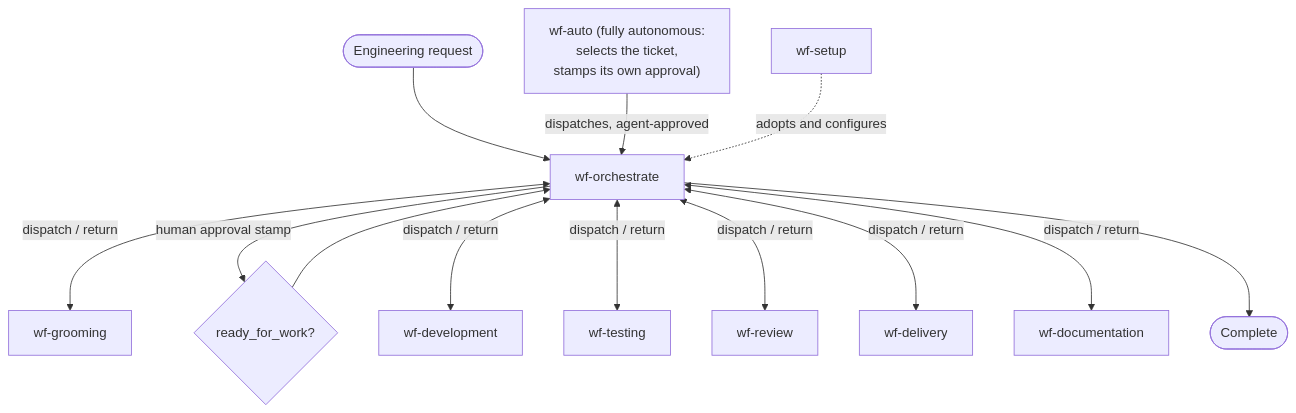
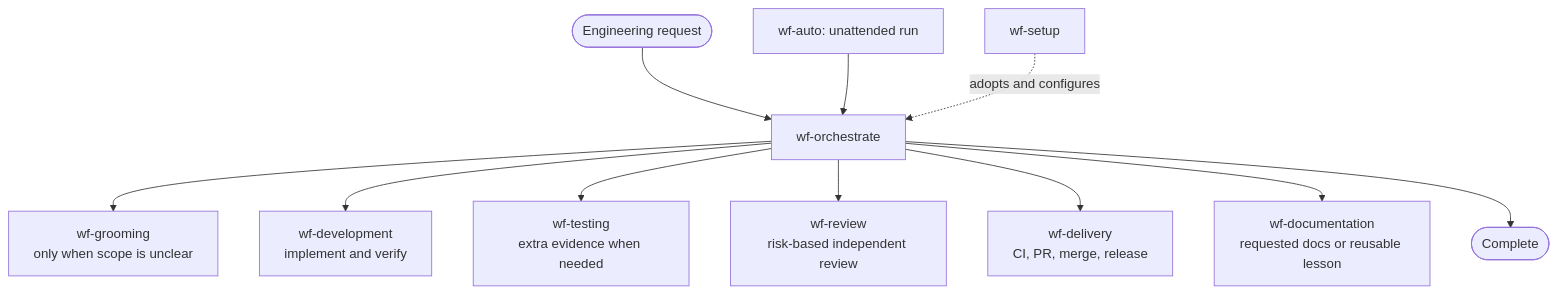
One commit to Life-With-Data/agentic-engineering changed the second of 5 diagrams in plugins/agentic-engineering/FLOWS.md. Above: the diagram before and after it, drawn with Mermaid. The commit also changed other lines of this file and 26 other files, not shown here.

````diff
--- a/plugins/agentic-engineering/FLOWS.md
+++ b/plugins/agentic-engineering/FLOWS.md
@@ -22,15 +18,13 @@
 ```mermaid
 flowchart TD
     req([Engineering request]) --> O["wf-orchestrate"]
-    auto["wf-auto (fully autonomous:<br/>selects the ticket,<br/>stamps its own approval)"] -->|"dispatches, agent-approved"| O
-    O <-->|"dispatch / return"| G["wf-grooming"]
-    O -->|"human approval stamp"| approve{"ready_for_work?"}
-    approve --> O
-    O <-->|"dispatch / return"| D["wf-development"]
-    O <-->|"dispatch / return"| T["wf-testing"]
-    O <-->|"dispatch / return"| R["wf-review"]
-    O <-->|"dispatch / return"| L["wf-delivery"]
-    O <-->|"dispatch / return"| K["wf-documentation"]
+    auto["wf-auto: unattended run"] --> O
+    O --> G["wf-grooming<br/>only when scope is unclear"]
+    O --> D["wf-development<br/>implement and verify"]
+    O --> T["wf-testing<br/>extra evidence when needed"]
+    O --> R["wf-review<br/>risk-based independent review"]
+    O --> L["wf-delivery<br/>CI, PR, merge, release"]
+    O --> K["wf-documentation<br/>requested docs or reusable lesson"]
     O --> done([Complete])
     S["wf-setup"] -. "adopts and configures" .-> O
 ```
````
